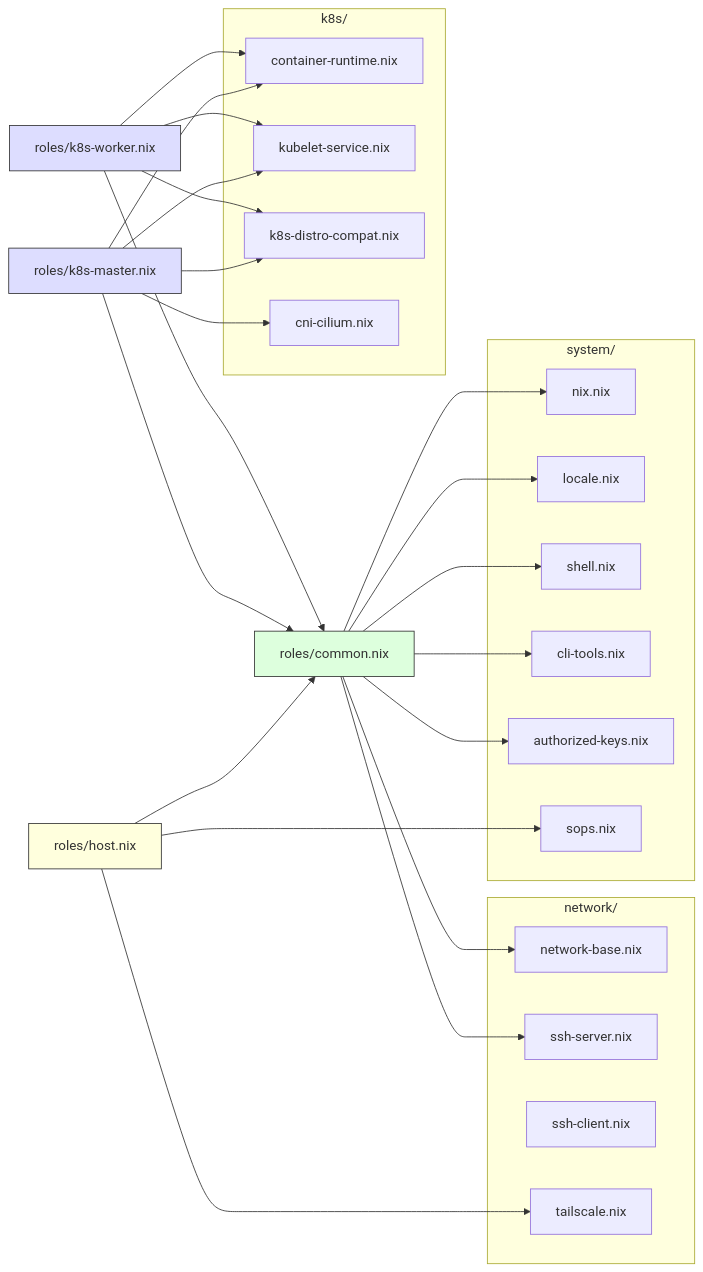
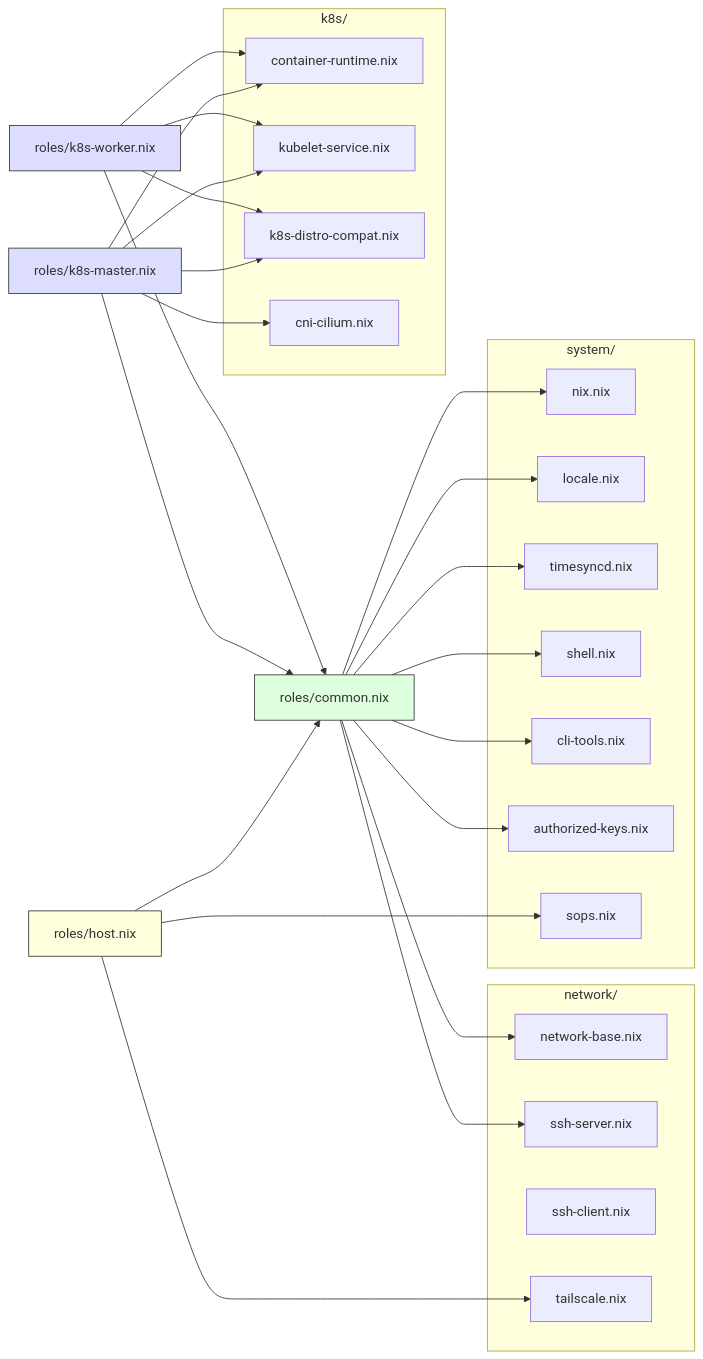
The diagram in atoms/README.md (vanillacake369/tonys-homelab), drawn with Mermaid before and after one commit. The commit also changed other lines of this file and 2 other files, not shown here.

Commit message:
feat: add timesyncd

````diff
--- a/atoms/README.md
+++ b/atoms/README.md
@@ -21,35 +21,36 @@
 ```mermaid
 flowchart LR
   subgraph System["system/"]
     nix["nix.nix"]
     locale["locale.nix"]
+    tsync["timesyncd.nix"]
     shell["shell.nix"]
     cli["cli-tools.nix"]
     keys["authorized-keys.nix"]
     sops["sops.nix"]
   end
 
   subgraph Network["network/"]
     base["network-base.nix"]
     sshS["ssh-server.nix"]
     sshC["ssh-client.nix"]
     ts["tailscale.nix"]
   end
 
   subgraph K8s["k8s/"]
     cri["container-runtime.nix"]
     kubelet["kubelet-service.nix"]
     compat["k8s-distro-compat.nix"]
     cilium["cni-cilium.nix"]
   end
 
-  Common["roles/common.nix"] --> nix & locale & shell & cli & keys & base & sshS
+  Common["roles/common.nix"] --> nix & locale & tsync & shell & cli & keys & base & sshS
   Host["roles/host.nix"] --> Common & sops & ts
   KMaster["roles/k8s-master.nix"] --> Common & cri & kubelet & compat & cilium
   KWorker["roles/k8s-worker.nix"] --> Common & cri & kubelet & compat
 
   style Common fill:#dfd,stroke:#333
   style Host fill:#ffd,stroke:#333
   style KMaster fill:#ddf,stroke:#333
   style KWorker fill:#ddf,stroke:#333
 ```
````
